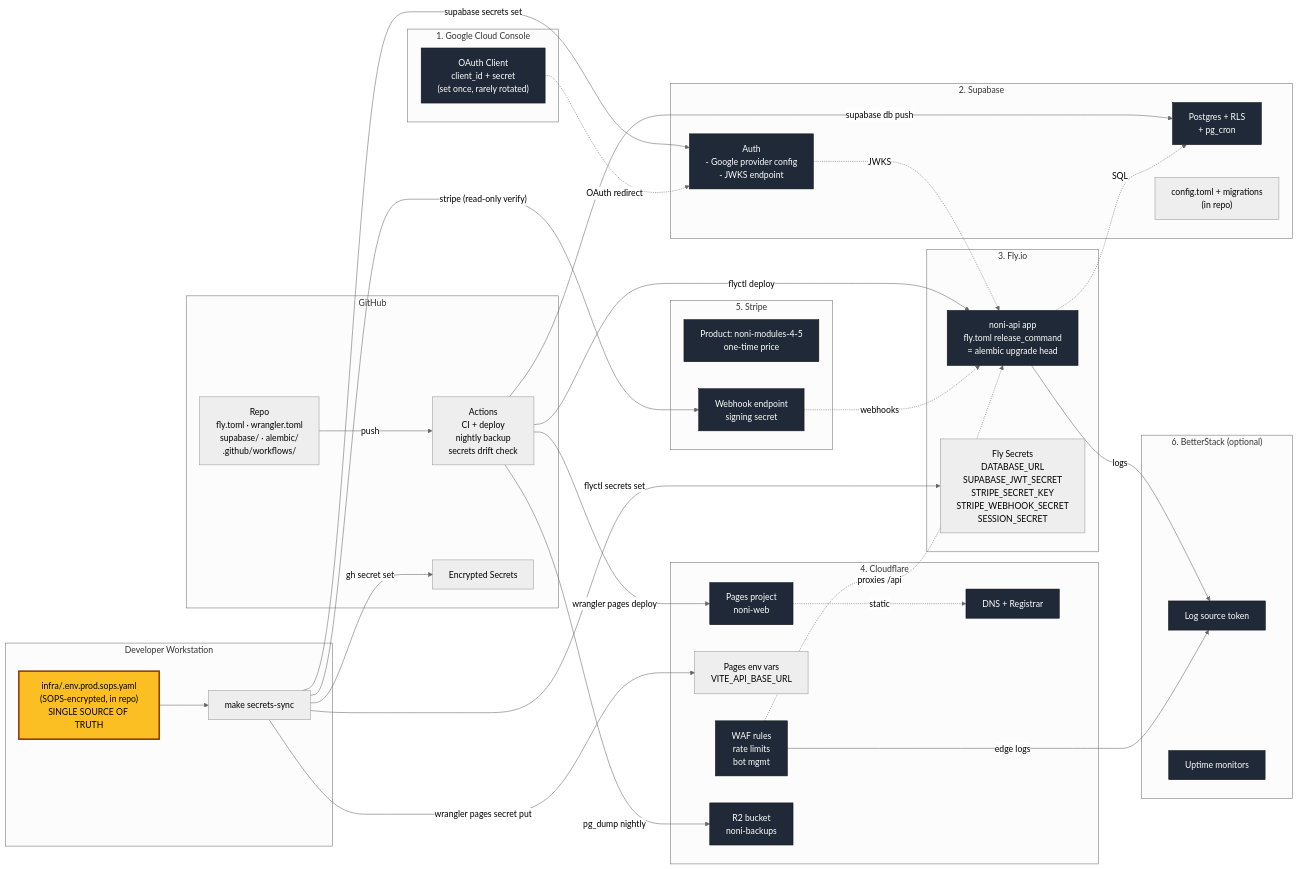
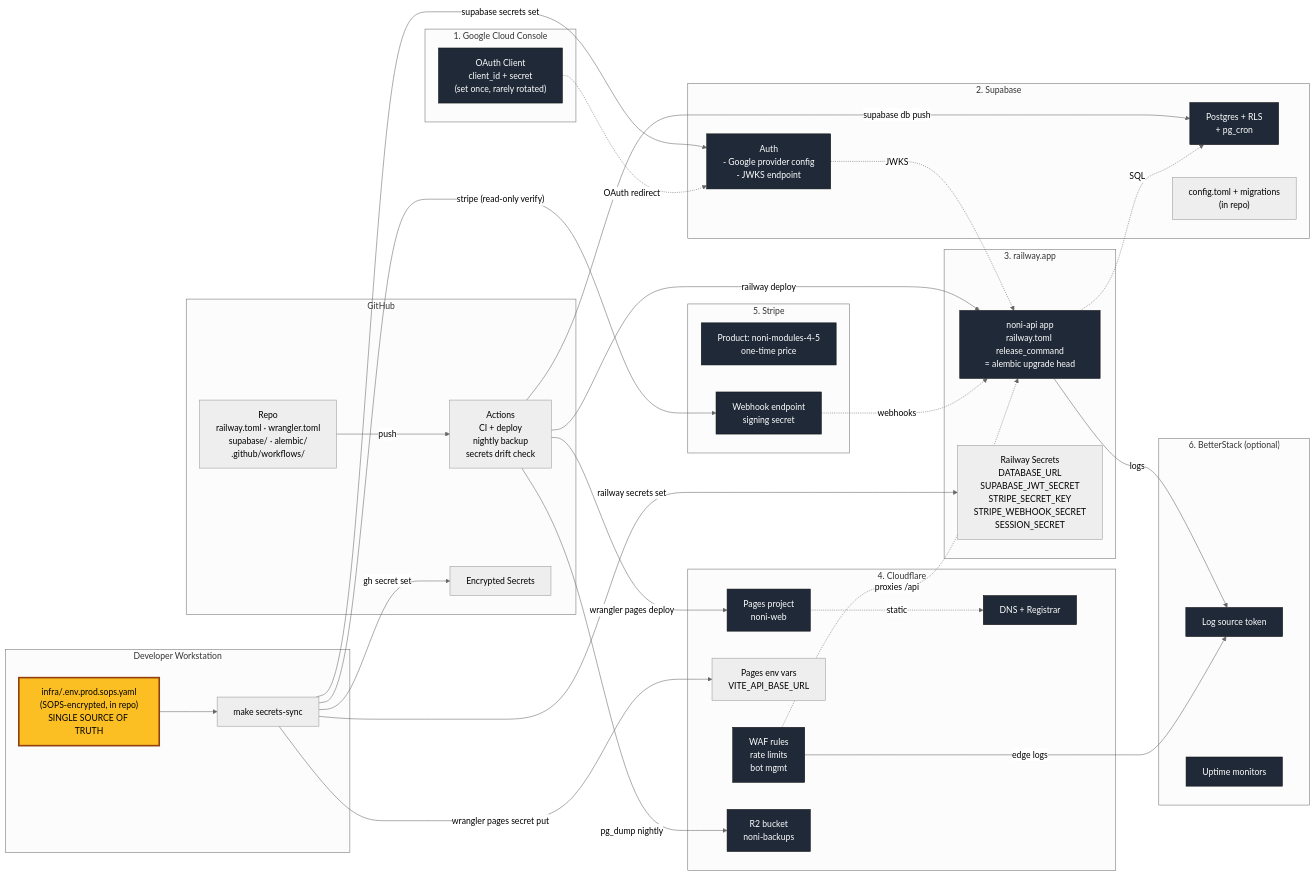
The diagram in docs/architecture/VENDORS.md (smiles70/Noni), drawn with Mermaid (neutral theme) before and after one commit. The commit also changed other lines of this file and 101 other files, not shown here.

First line of the commit message:
Retire Fly.io: remove all references repo-wide.

````diff
--- a/docs/architecture/VENDORS.md
+++ b/docs/architecture/VENDORS.md
@@ -26,73 +26,73 @@
 ```mermaid
 flowchart LR
     subgraph Dev["Developer Workstation"]
         ENV["infra/.env.prod.sops.yaml<br/>(SOPS-encrypted, in repo)<br/>SINGLE SOURCE OF TRUTH"]
         MK["make secrets-sync"]
     end
 
     subgraph GH["GitHub"]
-        REPO["Repo<br/>fly.toml · wrangler.toml<br/>supabase/ · alembic/<br/>.github/workflows/"]
+        REPO["Repo<br/>railway.toml · wrangler.toml<br/>supabase/ · alembic/<br/>.github/workflows/"]
         GHA["Actions<br/>CI + deploy<br/>nightly backup<br/>secrets drift check"]
         GHS["Encrypted Secrets"]
     end
 
     subgraph V1["1. Google Cloud Console"]
         GC["OAuth Client<br/>client_id + secret<br/>(set once, rarely rotated)"]
     end
 
     subgraph V2["2. Supabase"]
         SAUTH["Auth<br/>- Google provider config<br/>- JWKS endpoint"]
         SPG["Postgres + RLS<br/>+ pg_cron"]
         SCFG["config.toml + migrations<br/>(in repo)"]
     end
 
-    subgraph V3["3. Fly.io"]
-        FAPP["noni-api app<br/>fly.toml release_command<br/>= alembic upgrade head"]
-        FSEC["Fly Secrets<br/>DATABASE_URL<br/>SUPABASE_JWT_SECRET<br/>STRIPE_SECRET_KEY<br/>STRIPE_WEBHOOK_SECRET<br/>SESSION_SECRET"]
+    subgraph V3["3. railway.app"]
+        FAPP["noni-api app<br/>railway.toml release_command<br/>= alembic upgrade head"]
+        FSEC["Railway Secrets<br/>DATABASE_URL<br/>SUPABASE_JWT_SECRET<br/>STRIPE_SECRET_KEY<br/>STRIPE_WEBHOOK_SECRET<br/>SESSION_SECRET"]
     end
 
     subgraph V4["4. Cloudflare"]
         CFP["Pages project<br/>noni-web"]
         CFPE["Pages env vars<br/>VITE_API_BASE_URL"]
         CFW["WAF rules<br/>rate limits<br/>bot mgmt"]
         CFR2["R2 bucket<br/>noni-backups"]
         CFDNS["DNS + Registrar"]
     end
 
     subgraph V5["5. Stripe"]
         SPROD["Product: noni-modules-4-5<br/>one-time price"]
         SWH["Webhook endpoint<br/>signing secret"]
     end
 
     subgraph V6["6. BetterStack (optional)"]
         BS1["Log source token"]
         BS2["Uptime monitors"]
     end
 
     ENV --> MK
-    MK -- "flyctl secrets set" --> FSEC
+    MK -- "railway secrets set" --> FSEC
     MK -- "wrangler pages secret put" --> CFPE
     MK -- "supabase secrets set" --> SAUTH
     MK -- "gh secret set" --> GHS
     MK -- "stripe (read-only verify)" --> SWH
 
     REPO -- "push" --> GHA
-    GHA -- "flyctl deploy" --> FAPP
+    GHA -- "railway deploy" --> FAPP
     GHA -- "wrangler pages deploy" --> CFP
     GHA -- "supabase db push" --> SPG
     GHA -- "pg_dump nightly" --> CFR2
 
     GC -. "OAuth redirect" .-> SAUTH
     SAUTH -. "JWKS" .-> FAPP
     SWH -. "webhooks" .-> FAPP
     FAPP -. "SQL" .-> SPG
     CFW -. "proxies /api" .-> FAPP
     CFP -. "static" .-> CFDNS
     FAPP -- "logs" --> BS1
     CFW -- "edge logs" --> BS1
 
     classDef sot fill:#fbbf24,color:#000,stroke:#92400e,stroke-width:3px
     classDef vendor fill:#1f2937,color:#fff,stroke:#111
     class ENV sot
     class GC,SAUTH,SPG,FAPP,CFP,CFW,CFR2,CFDNS,SPROD,SWH,BS1,BS2 vendor
 ```
````
